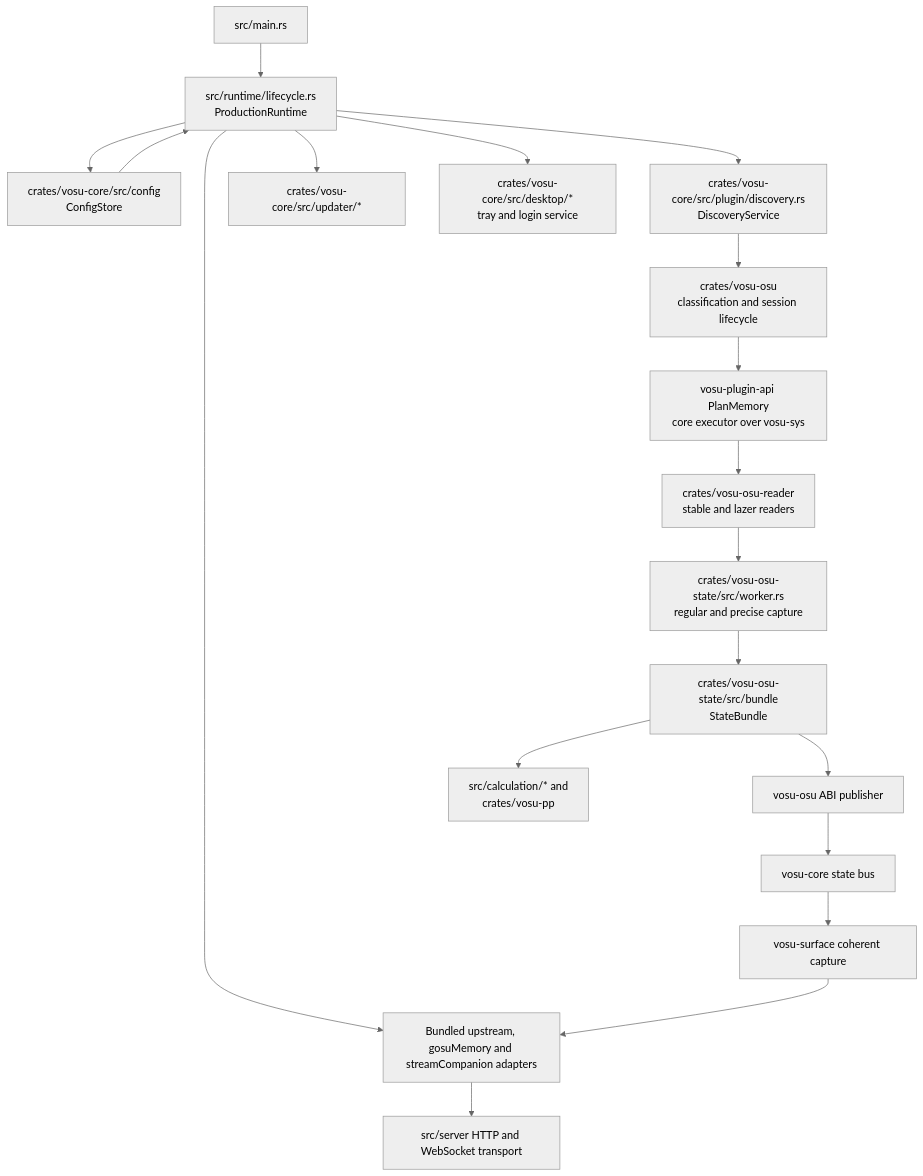
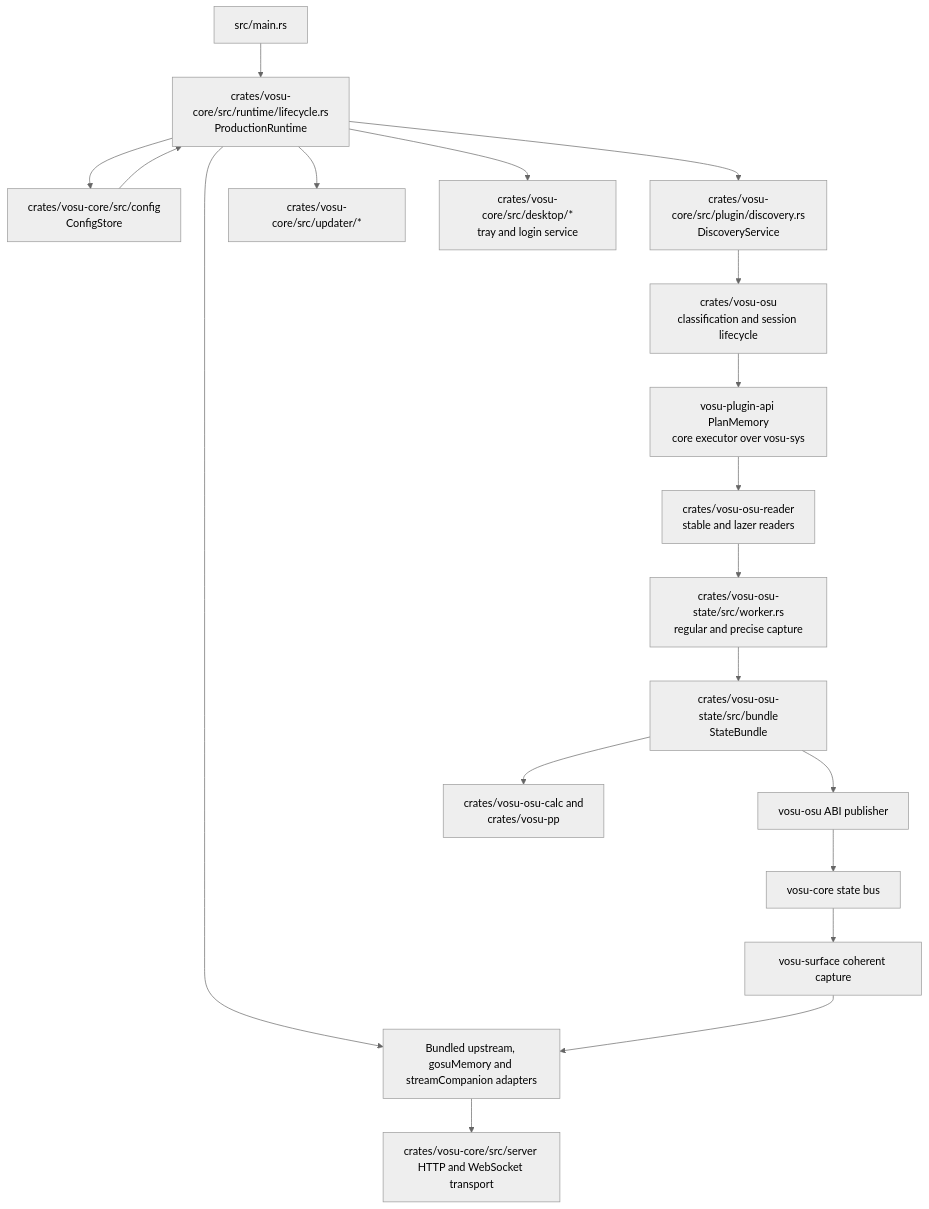
One commit to 18-lab-dev/vosu changed the second of 3 diagrams in docs/architecture/overview.md. Above: the diagram before and after it, drawn with Mermaid (neutral theme). The commit also changed other lines of this file and 107 other files, not shown here.

````diff
--- a/docs/architecture/overview.md
+++ b/docs/architecture/overview.md
@@ -44,21 +44,21 @@
 ```mermaid
 flowchart TB
-    Entry[src/main.rs] --> Runtime[src/runtime/lifecycle.rs<br/>ProductionRuntime]
+    Entry[src/main.rs] --> Runtime[crates/vosu-core/src/runtime/lifecycle.rs<br/>ProductionRuntime]
     Runtime --> Config[crates/vosu-core/src/config<br/>ConfigStore]
     Runtime --> Discovery[crates/vosu-core/src/plugin/discovery.rs<br/>DiscoveryService]
     Discovery --> Plugin[crates/vosu-osu<br/>classification and session lifecycle]
     Plugin --> Process[vosu-plugin-api PlanMemory<br/>core executor over vosu-sys]
     Process --> Readers[crates/vosu-osu-reader<br/>stable and lazer readers]
     Runtime --> Adapters[Bundled upstream, gosuMemory and streamCompanion adapters]
     Readers --> Workers[crates/vosu-osu-state/src/worker.rs<br/>regular and precise capture]
     Workers --> Reducer[crates/vosu-osu-state/src/bundle<br/>StateBundle]
     Reducer --> Publisher[vosu-osu ABI publisher]
     Publisher --> Bus[vosu-core state bus]
     Bus --> Surface[vosu-surface coherent capture]
     Surface --> Adapters
-    Adapters --> Server[src/server HTTP and WebSocket transport]
-    Reducer --> Calc[src/calculation/* and<br/>crates/vosu-pp]
+    Adapters --> Server[crates/vosu-core/src/server HTTP and WebSocket transport]
+    Reducer --> Calc[crates/vosu-osu-calc and<br/>crates/vosu-pp]
     Config --> Runtime
     Runtime --> Update[crates/vosu-core/src/updater/*]
     Runtime --> Desktop[crates/vosu-core/src/desktop/*<br/>tray and login service]
 ```
````
